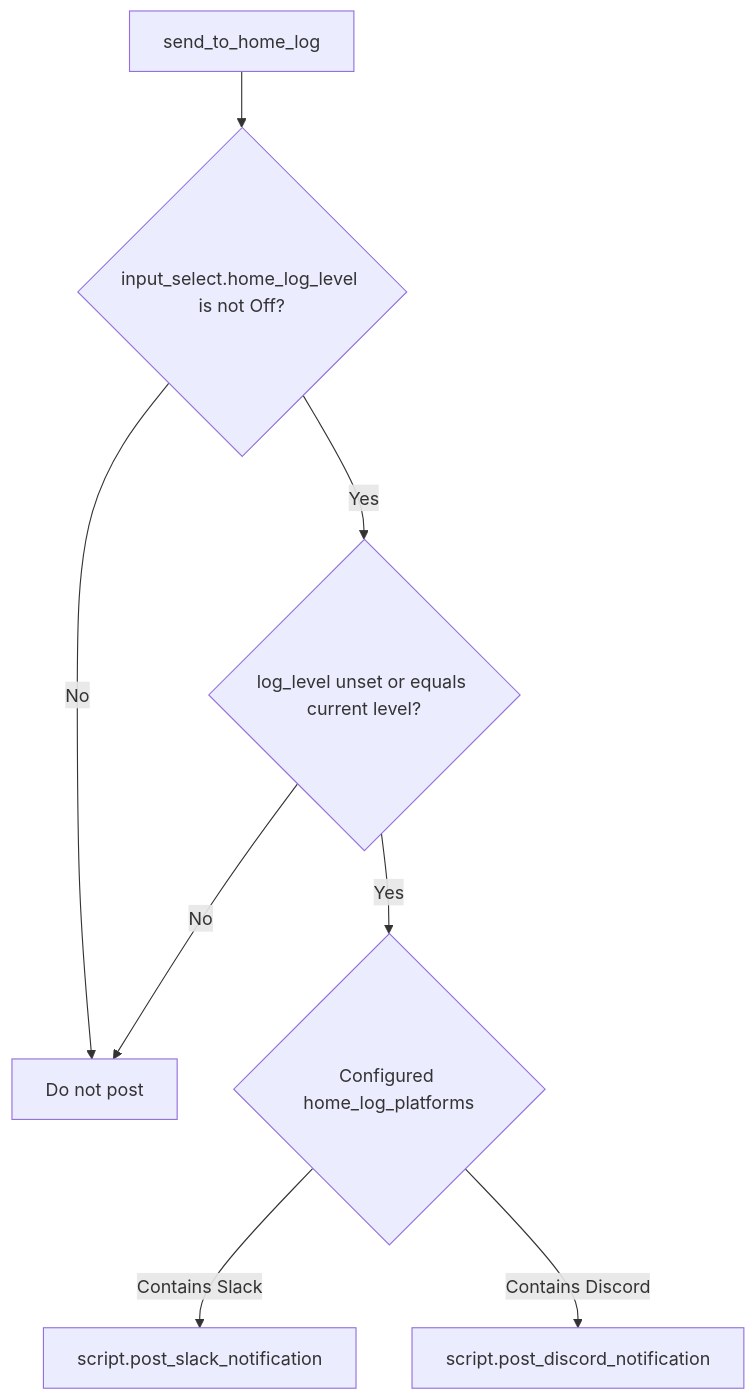
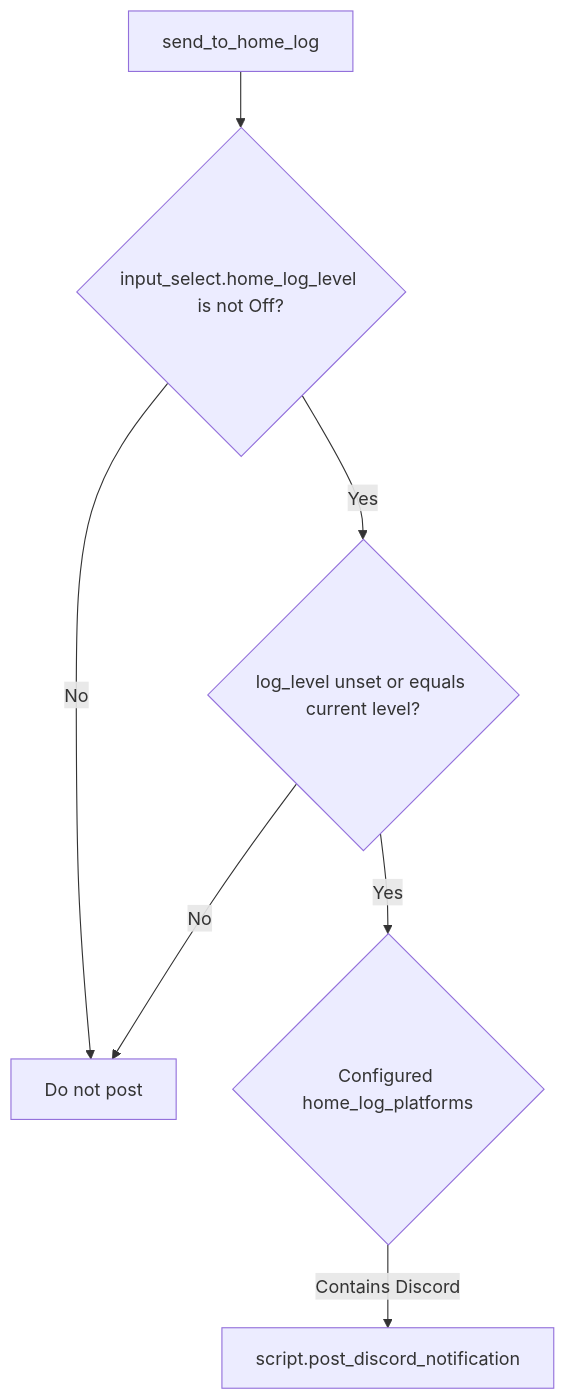
One commit to dannytsang/homeassistant-config changed the third of 5 diagrams in packages/integrations/messaging/README.md. Above: the diagram before and after it, drawn with Mermaid. The commit also changed other lines of this file and 2 other files, not shown here.

Commit message:
Removed Slack integration.

````diff
--- a/packages/integrations/messaging/README.md
+++ b/packages/integrations/messaging/README.md
@@ -205,10 +187,9 @@
 ```mermaid
 flowchart TD
     Call[send_to_home_log] --> Enabled{input_select.home_log_level is not Off?}
     Enabled -->|No| Drop[Do not post]
     Enabled -->|Yes| Level{log_level unset or equals current level?}
     Level -->|No| Drop
     Level -->|Yes| Platforms{Configured home_log_platforms}
-    Platforms -->|Contains Slack| Slack[script.post_slack_notification]
     Platforms -->|Contains Discord| Discord[script.post_discord_notification]
 ```
````
